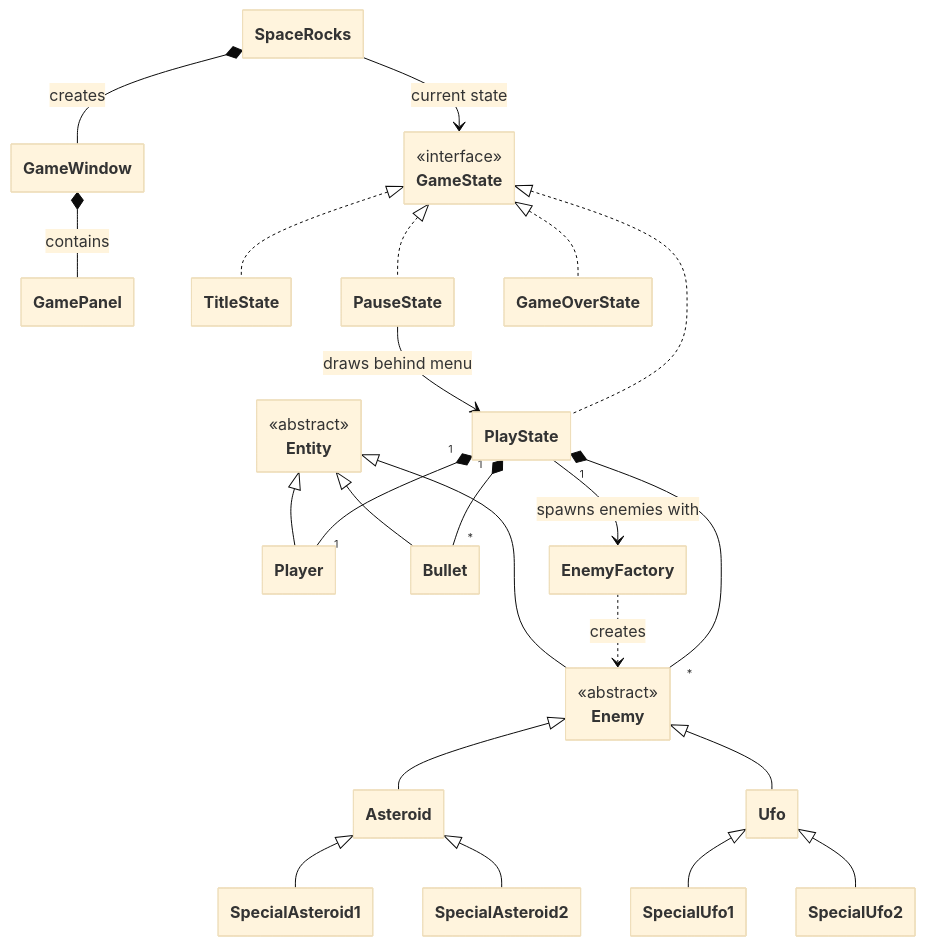
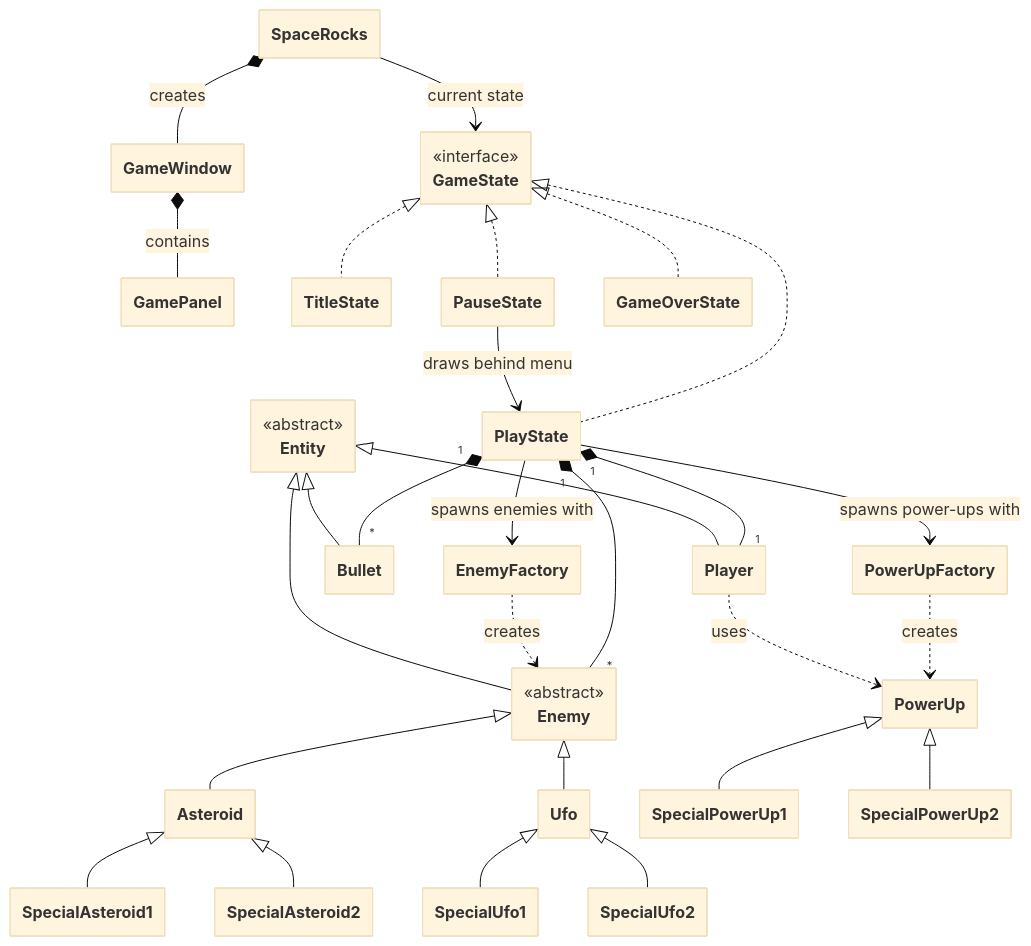
The diagram in README.md (TheSpanishInquisiti0n/SpaceRocks), drawn with Mermaid (base theme) before and after one commit. The commit also changed other lines of this file and 44 other files, not shown here.

````diff
--- a/README.md
+++ b/README.md
@@ -82,6 +82,12 @@
     class SpecialUfo2
     class EnemyFactory
 
+    %% ===== Power-ups =====
+    class PowerUp
+    class SpecialPowerUp1
+    class SpecialPowerUp2
+    class PowerUpFactory
+
     %% ===== Core relationships =====
     SpaceRocks *-- GameWindow : creates
     GameWindow *-- GamePanel : contains
@@ -99,7 +105,12 @@
     PlayState "1" *-- "*" Enemy
     PlayState "1" *-- "*" Bullet
     PlayState --> EnemyFactory : spawns enemies with
+    PlayState --> PowerUpFactory : spawns power-ups with
     EnemyFactory ..> Enemy : creates
+
+    %% ===== Power-up relationships =====
+    PowerUpFactory ..> PowerUp : creates
+    Player ..> PowerUp : uses
 
     %% ===== Inheritance =====
     Entity <|-- Player
@@ -111,4 +122,6 @@
     Asteroid <|-- SpecialAsteroid2
     Ufo <|-- SpecialUfo1
     Ufo <|-- SpecialUfo2
+    PowerUp <|-- SpecialPowerUp1
+    PowerUp <|-- SpecialPowerUp2
 ```
````
